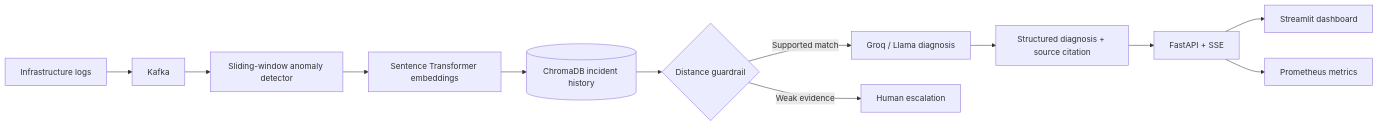
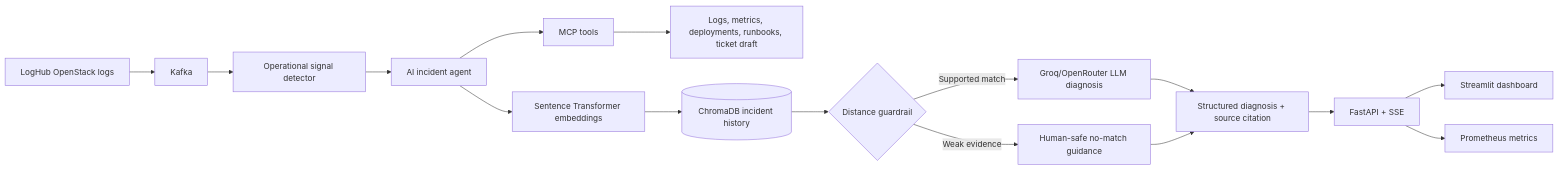
Before and after one commit to thrinadhnimmagadda1/Incident-copilot: the diagram in README.md, drawn with Mermaid. The commit also changed other lines of this file and 19 other files, not shown here.

Commit message:
Add AI incident agent with MCP tools

````diff
--- a/README.md
+++ b/README.md
@@ -11,14 +11,18 @@
 ```mermaid
 flowchart LR
-    A[Infrastructure logs] --> B[Kafka]
-    B --> C[Sliding-window anomaly detector]
-    C --> D[Sentence Transformer embeddings]
-    D --> E[(ChromaDB incident history)]
-    E --> F{Distance guardrail}
-    F -->|Supported match| G[Groq / Llama diagnosis]
-    F -->|Weak evidence| H[Human escalation]
-    G --> I[Structured diagnosis + source citation]
-    I --> J[FastAPI + SSE]
-    J --> K[Streamlit dashboard]
-    J --> L[Prometheus metrics]
+    A[LogHub OpenStack logs] --> B[Kafka]
+    B --> C[Operational signal detector]
+    C --> D[AI incident agent]
+    D --> E[MCP tools]
+    E --> F[Logs, metrics, deployments, runbooks, ticket draft]
+    D --> G[Sentence Transformer embeddings]
+    G --> H[(ChromaDB incident history)]
+    H --> I{Distance guardrail}
+    I -->|Supported match| J[Groq/OpenRouter LLM diagnosis]
+    I -->|Weak evidence| K[Human-safe no-match guidance]
+    J --> L[Structured diagnosis + source citation]
+    K --> L
+    L --> M[FastAPI + SSE]
+    M --> N[Streamlit dashboard]
+    M --> O[Prometheus metrics]
 ```
````
